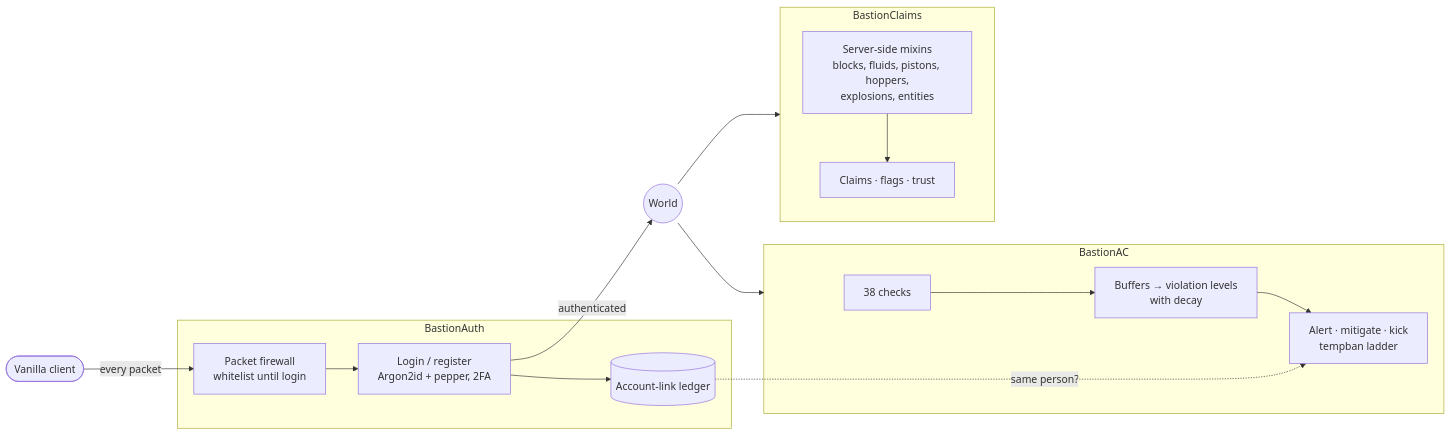
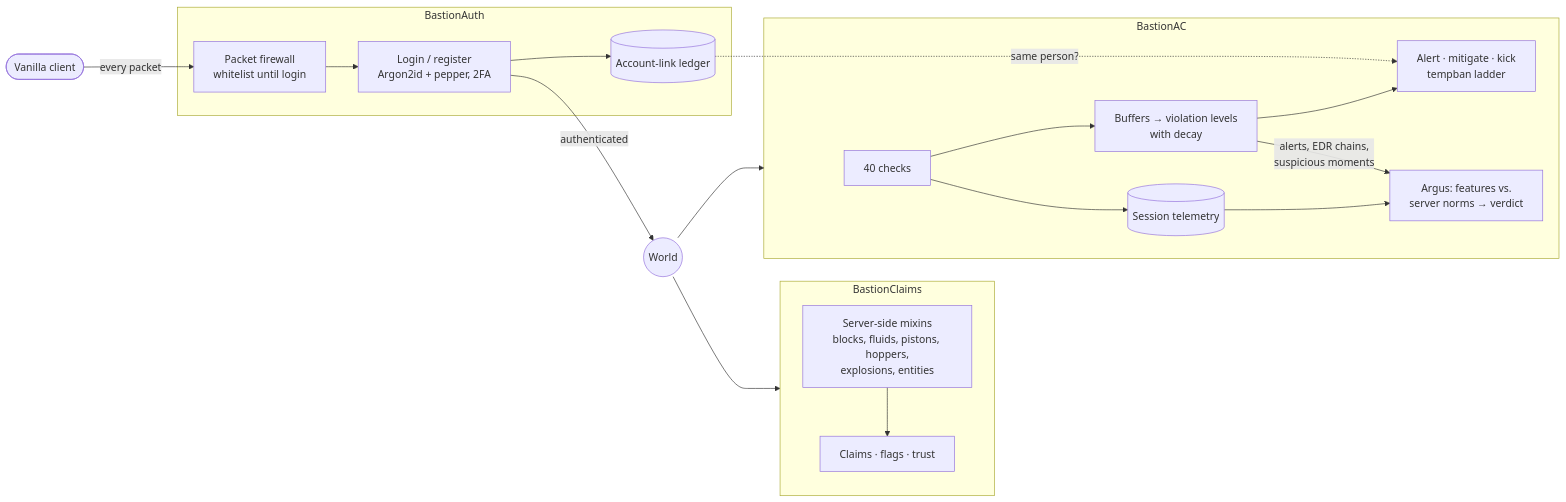
The diagram in README.md (dhehdjebejen-beep/Bastion), drawn with Mermaid before and after one commit. The commit also changed other lines of this file and 97 other files, not shown here.

````diff
--- a/README.md
+++ b/README.md
@@ -48,18 +48,21 @@
 ```mermaid
 flowchart LR
     C([Vanilla client]) -->|every packet| FW
     subgraph Auth [BastionAuth]
         FW[Packet firewall<br/>whitelist until login] --> LG[Login / register<br/>Argon2id + pepper, 2FA]
         LG --> LK[(Account-link ledger)]
     end
     LG -->|authenticated| W((World))
     W --> AC
     subgraph AC [BastionAC]
-        CH[38 checks] --> VL[Buffers → violation levels<br/>with decay] --> ACT[Alert · mitigate · kick<br/>tempban ladder]
+        CH[40 checks] --> VL[Buffers → violation levels<br/>with decay] --> ACT[Alert · mitigate · kick<br/>tempban ladder]
+        CH --> TL[(Session telemetry)]
+        VL -->|alerts, EDR chains,<br/>suspicious moments| AR[Argus: features vs.<br/>server norms → verdict]
+        TL --> AR
     end
     W --> CL
     subgraph CL [BastionClaims]
         MX[Server-side mixins<br/>blocks, fluids, pistons, hoppers,<br/>explosions, entities] --> CF[Claims · flags · trust]
     end
     LK -. same person? .-> ACT
 ```
````
